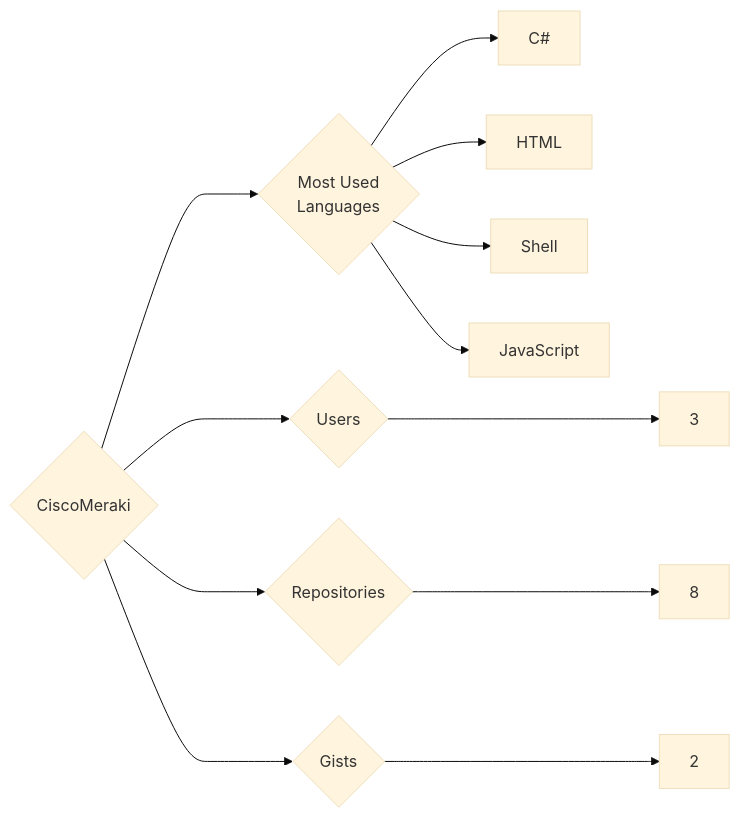
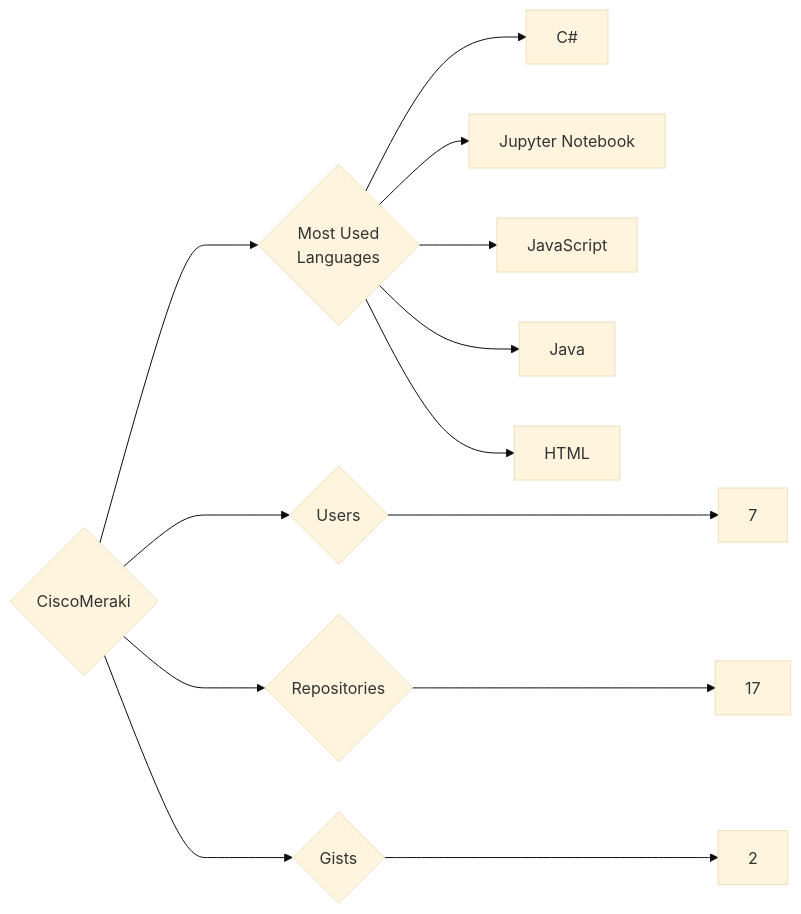
One commit to trickest/insiders changed the diagram in targets/CiscoMeraki/README.md. Above: the diagram before and after it, drawn with Mermaid (base theme). The commit also changed 1030 other files, not shown here.

````diff
--- a/targets/CiscoMeraki/README.md
+++ b/targets/CiscoMeraki/README.md
@@ -3,12 +3,13 @@
 ```mermaid
 graph LR
 COMPANY_NAME{CiscoMeraki}
-COMPANY_NAME ---> U{Users} ---> UN[3]
-COMPANY_NAME ---> R{Repositories} ---> RN[8]
+COMPANY_NAME ---> U{Users} ---> UN[7]
+COMPANY_NAME ---> R{Repositories} ---> RN[17]
 COMPANY_NAME ---> G{Gists} ---> GN[2]
 COMPANY_NAME ---> ML{Most Used<br>Languages}
 ML --> C#[C#]
+ML --> Jupyter_Notebook[Jupyter Notebook]
+ML --> JavaScript[JavaScript]
+ML --> Java[Java]
 ML --> HTML[HTML]
-ML --> Shell[Shell]
-ML --> JavaScript[JavaScript]
 ```
````
